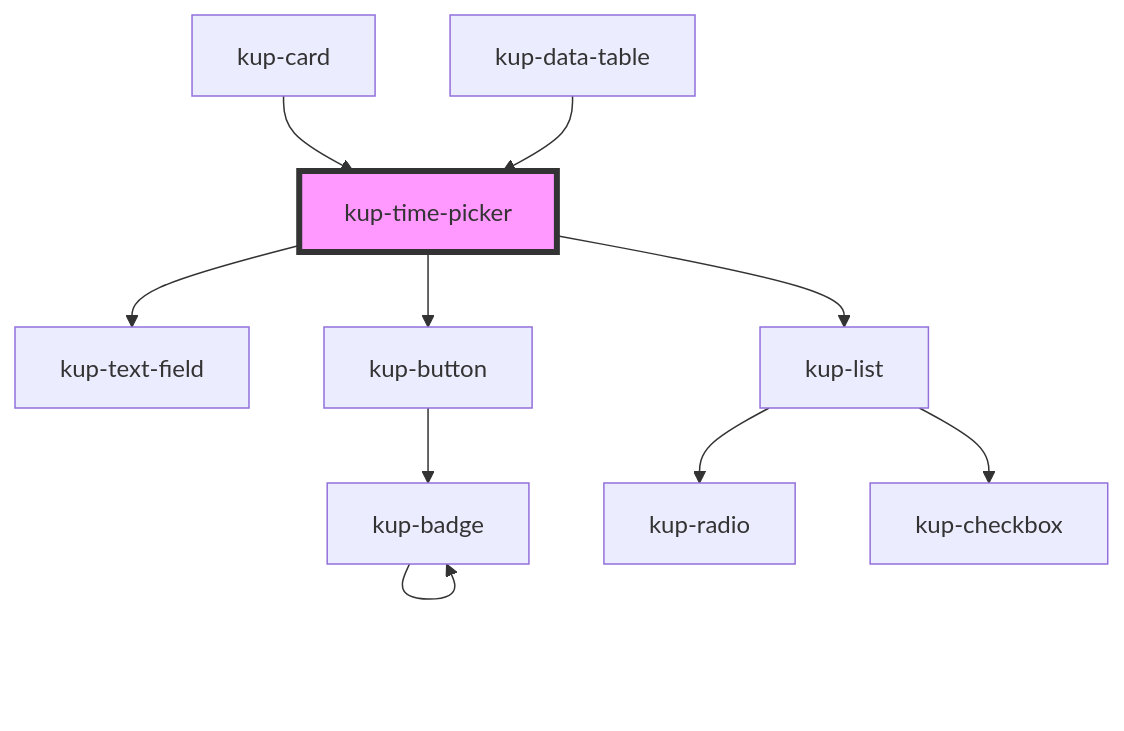
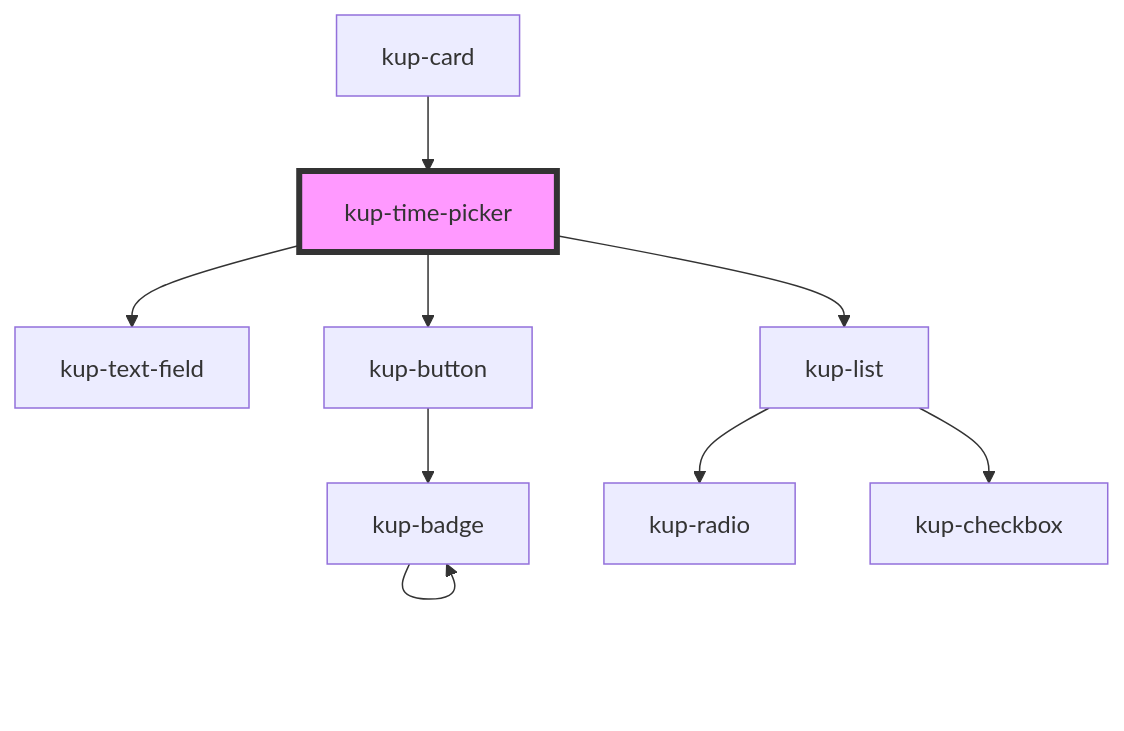
One commit to smeup/ketchup changed the diagram in packages/ketchup/src/components/kup-time-picker/readme.md. Above: the diagram before and after it, drawn with Mermaid. The commit also changed other lines of this file and 21 other files, not shown here.

````diff
--- a/packages/ketchup/src/components/kup-time-picker/readme.md
+++ b/packages/ketchup/src/components/kup-time-picker/readme.md
@@ -91,13 +90,12 @@
 ```mermaid
 graph TD;
   kup-time-picker --> kup-text-field
   kup-time-picker --> kup-button
   kup-time-picker --> kup-list
   kup-button --> kup-badge
   kup-badge --> kup-badge
   kup-list --> kup-radio
   kup-list --> kup-checkbox
   kup-card --> kup-time-picker
-  kup-data-table --> kup-time-picker
   style kup-time-picker fill:#f9f,stroke:#333,stroke-width:4px
 ```
````
